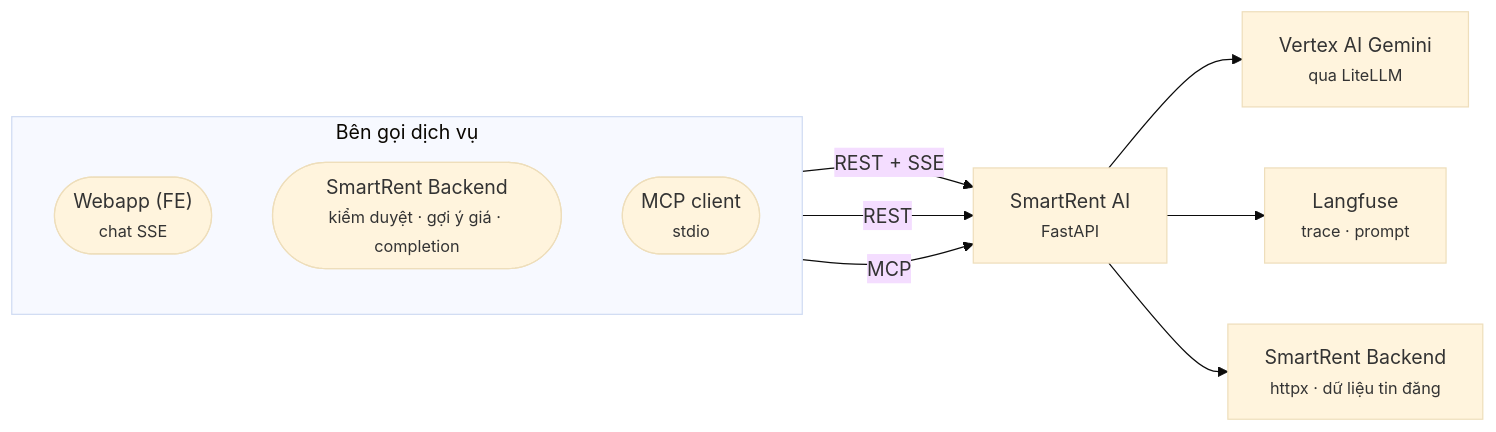
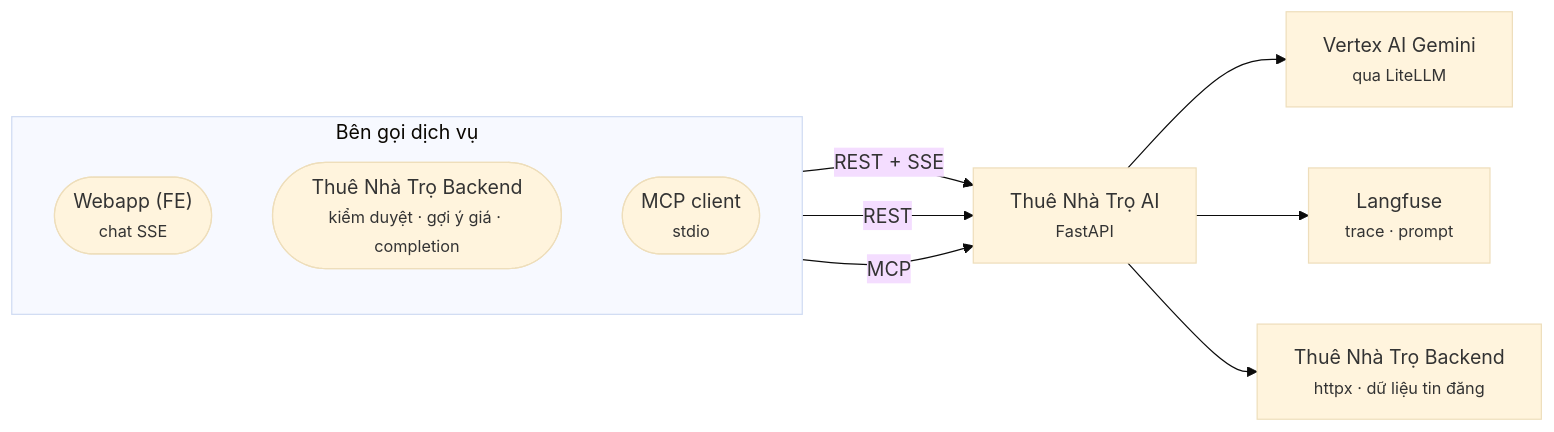
The diagram in diagrams/ai/src/05-external-integrations.mmd (huynhtranty/smartrent-report), drawn with Mermaid (base theme) before and after one commit. The commit also changed 55 other files, not shown here.

```diff
--- a/diagrams/ai/src/05-external-integrations.mmd
+++ b/diagrams/ai/src/05-external-integrations.mmd
@@ -1,14 +1,14 @@
 flowchart LR
  subgraph Consumers["Bên gọi dịch vụ"]
  direction TB
  FE(["Webapp (FE)<br/><small>chat SSE</small>"])
- BE(["SmartRent Backend<br/><small>kiểm duyệt · gợi ý giá · completion</small>"])
+ BE(["Thuê Nhà Trọ Backend<br/><small>kiểm duyệt · gợi ý giá · completion</small>"])
  MCPc(["MCP client<br/><small>stdio</small>"])
  end
- AI["SmartRent AI<br/><small>FastAPI</small>"]
+ AI["Thuê Nhà Trọ AI<br/><small>FastAPI</small>"]
  FE -->|REST + SSE| AI
  BE -->|REST| AI
  MCPc -->|MCP| AI
  AI --> Vertex["Vertex AI Gemini<br/><small>qua LiteLLM</small>"]
  AI --> Langfuse["Langfuse<br/><small>trace · prompt</small>"]
- AI --> Backend["SmartRent Backend<br/><small>httpx · dữ liệu tin đăng</small>"]
+ AI --> Backend["Thuê Nhà Trọ Backend<br/><small>httpx · dữ liệu tin đăng</small>"]
```
